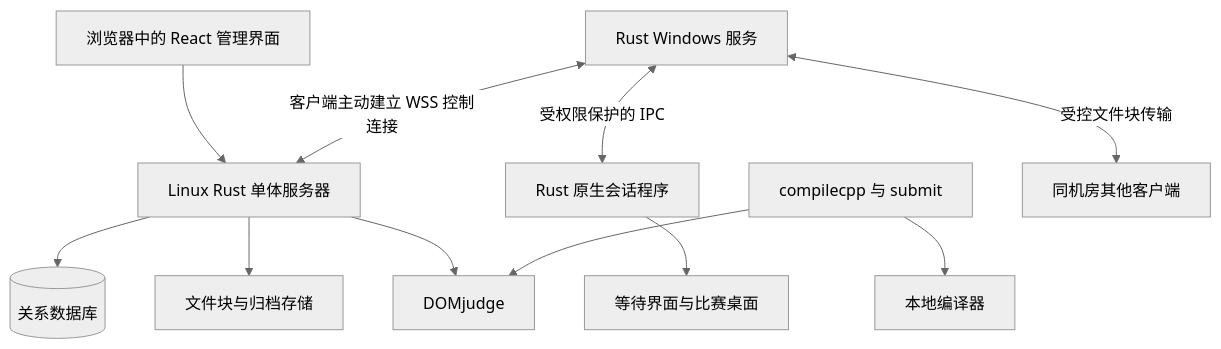
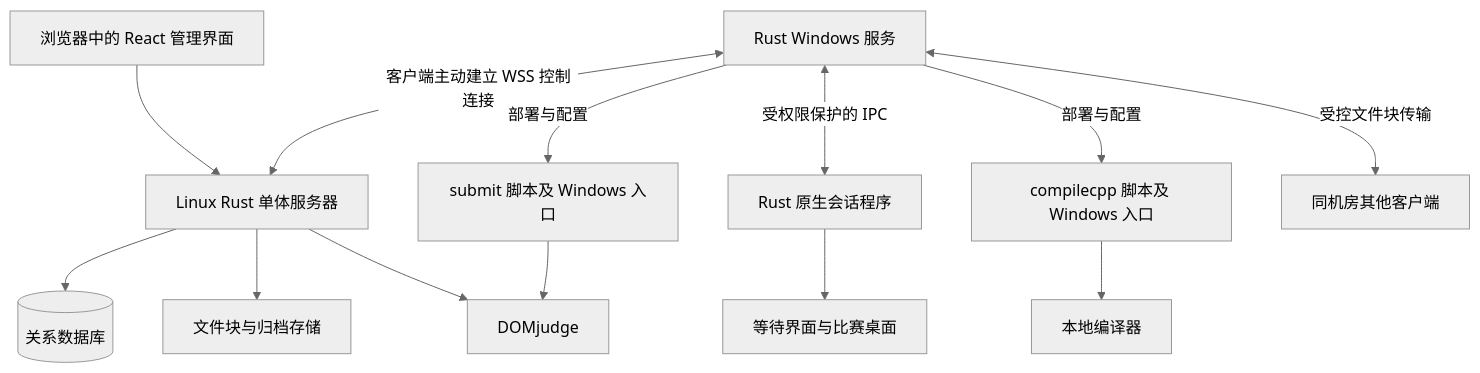
Before and after one commit to luanmenglei/WCCS: the diagram in docs/architecture.md, drawn with Mermaid (neutral theme). The commit also changed other lines of this file and 20 other files, not shown here.

````diff
--- a/docs/architecture.md
+++ b/docs/architecture.md
@@ -7,13 +7,15 @@
 ```mermaid
 flowchart TB
     Browser[浏览器中的 React 管理界面] --> Server[Linux Rust 单体服务器]
     Server --> Database[(关系数据库)]
     Server --> Files[文件块与归档存储]
     Server --> Judge[DOMjudge]
     Agent[Rust Windows 服务] <-->|客户端主动建立 WSS 控制连接| Server
     Agent <-->|受权限保护的 IPC| Session[Rust 原生会话程序]
     Session --> Desktop[等待界面与比赛桌面]
-    Cli[compilecpp 与 submit] --> Compiler[本地编译器]
-    Cli --> Judge
+    Compile[compilecpp 脚本及 Windows 入口] --> Compiler[本地编译器]
+    Submit[submit 脚本及 Windows 入口] --> Judge
+    Agent -->|部署与配置| Compile
+    Agent -->|部署与配置| Submit
     Agent <-->|受控文件块传输| Peer[同机房其他客户端]
 ```
````
